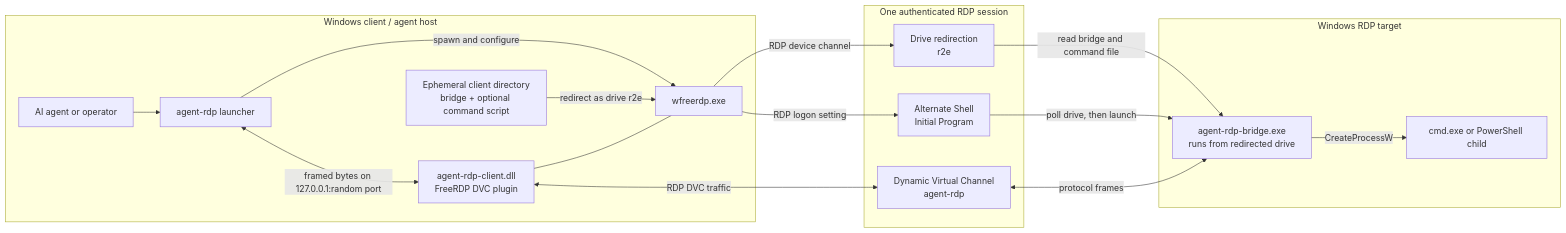
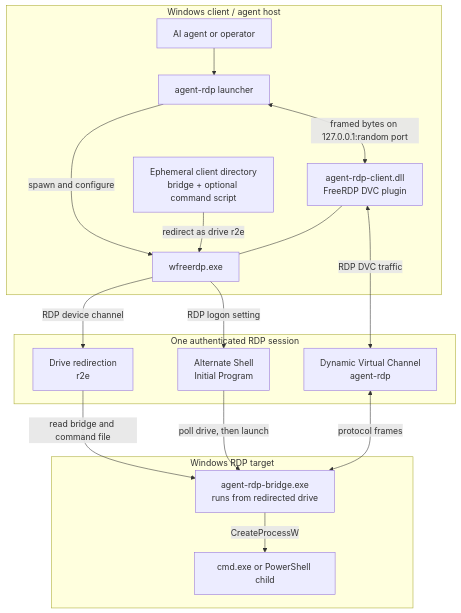
Before and after one commit to Hubert-Rybak/agent-rdp: the first of 2 diagrams in README.md, drawn with Mermaid. The commit also changed other lines of this file, not shown here.

Commit message:
[verified] docs: improve inline diagram readability

````diff
--- a/README.md
+++ b/README.md
@@ -156,29 +156,29 @@
 ```mermaid
-flowchart LR
+flowchart TB
     subgraph Client["Windows client / agent host"]
         Agent["AI agent or operator"] --> Launcher["agent-rdp launcher"]
         Launcher -->|"spawn and configure"| FreeRDP["wfreerdp.exe"]
         SessionDir["Ephemeral client directory<br/>bridge + optional command script"] -->|"redirect as drive r2e"| FreeRDP
         Plugin["agent-rdp-client.dll<br/>FreeRDP DVC plugin"] --- FreeRDP
         Launcher <-->|"framed bytes on 127.0.0.1:random port"| Plugin
     end
 
     subgraph Transport["One authenticated RDP session"]
         Drive["Drive redirection<br/>r2e"]
         Initial["Alternate Shell<br/>Initial Program"]
         DVC["Dynamic Virtual Channel<br/>agent-rdp"]
     end
 
     subgraph Target["Windows RDP target"]
         Bridge["agent-rdp-bridge.exe<br/>runs from redirected drive"]
         Child["cmd.exe or PowerShell child"]
     end
 
     FreeRDP -->|"RDP device channel"| Drive
     FreeRDP -->|"RDP logon setting"| Initial
     Plugin <-->|"RDP DVC traffic"| DVC
     Drive -->|"read bridge and command file"| Bridge
     Initial -->|"poll drive, then launch"| Bridge
     DVC <-->|"protocol frames"| Bridge
     Bridge -->|"CreateProcessW"| Child
 ```
````
